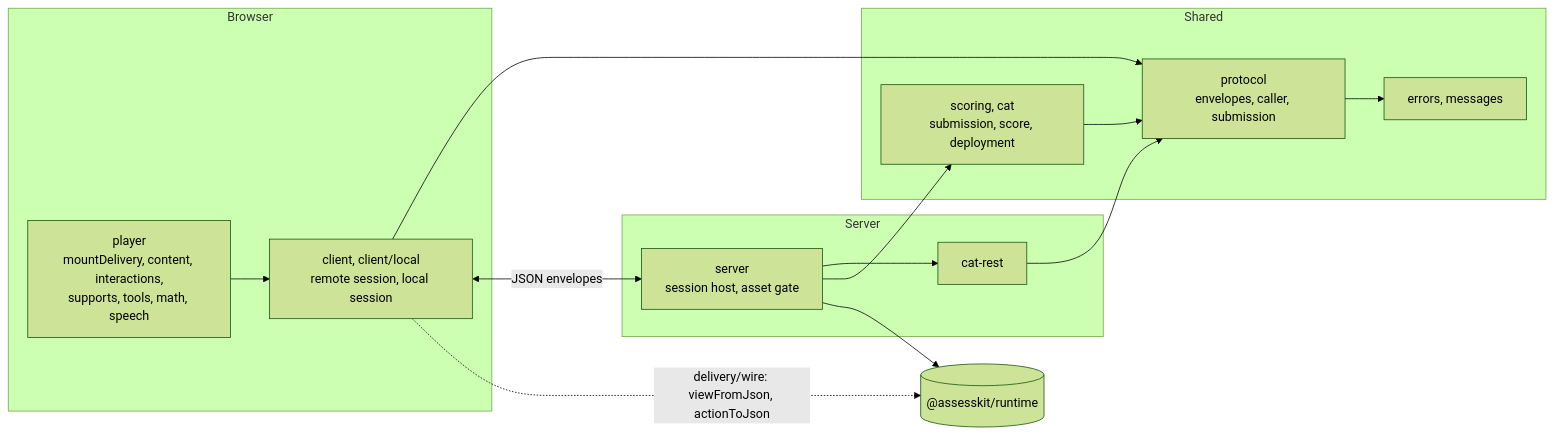
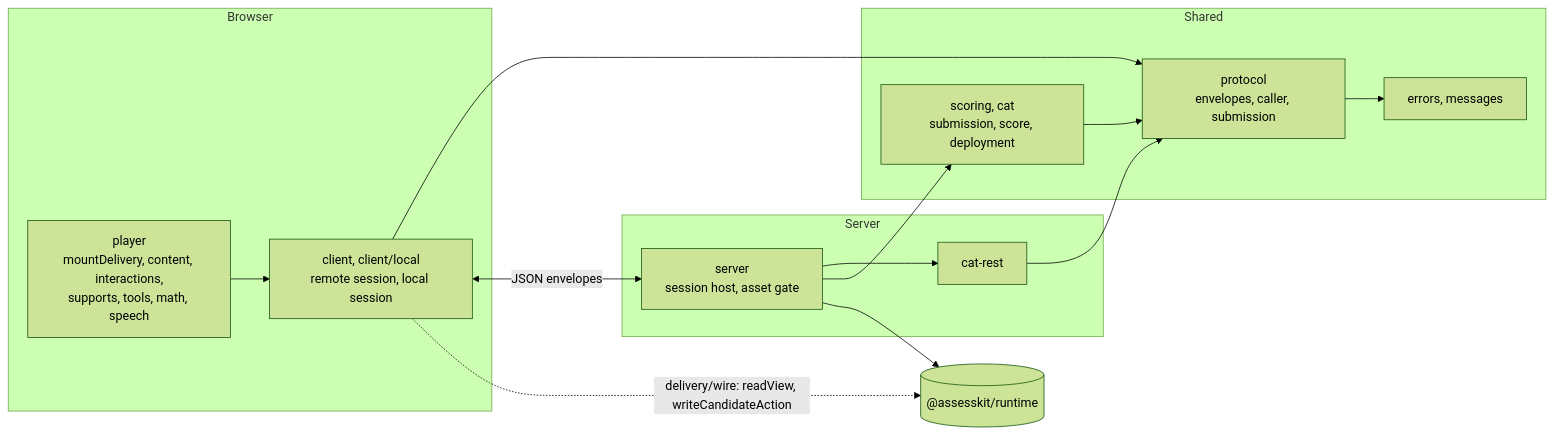
One commit to assesskit/assesskit changed the diagram in packages/player/README.md. Above: the diagram before and after it, drawn with Mermaid (forest theme). The commit also changed 285 other files, not shown here.

````diff
--- a/packages/player/README.md
+++ b/packages/player/README.md
@@ -9,24 +9,24 @@
 ```mermaid
 flowchart LR
   subgraph browser["Browser"]
     player["player<br/>mountDelivery, content, interactions,<br/>supports, tools, math, speech"]
     client["client, client/local<br/>remote session, local session"]
   end
   subgraph shared["Shared"]
     protocol["protocol<br/>envelopes, caller, submission"]
     practice["scoring, cat<br/>submission, score, deployment"]
     base["errors, messages"]
   end
   subgraph server["Server"]
     host["server<br/>session host, asset gate"]
     integrations["cat-rest"]
   end
   runtime[("@assesskit/runtime")]
   player --> client --> protocol
   client <-->|"JSON envelopes"| host
   host --> integrations --> protocol
   host --> practice --> protocol
   protocol --> base
   host --> runtime
-  client -.->|"delivery/wire: viewFromJson, actionToJson"| runtime
+  client -.->|"delivery/wire: readView, writeCandidateAction"| runtime
 ```
````
